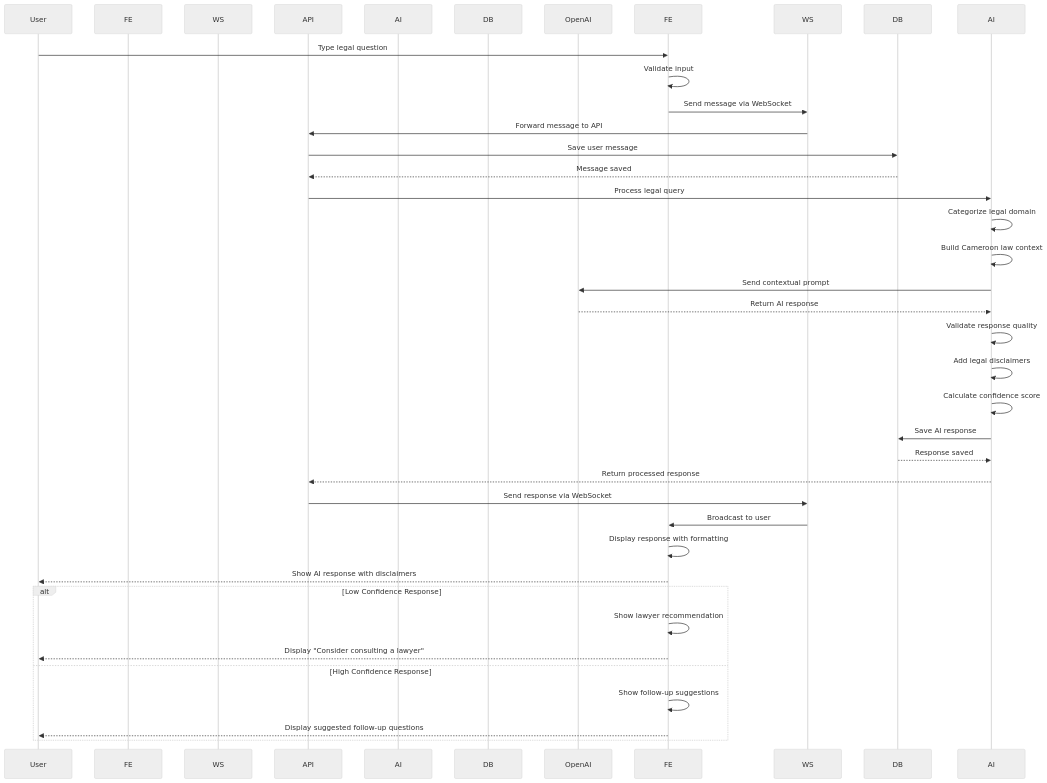
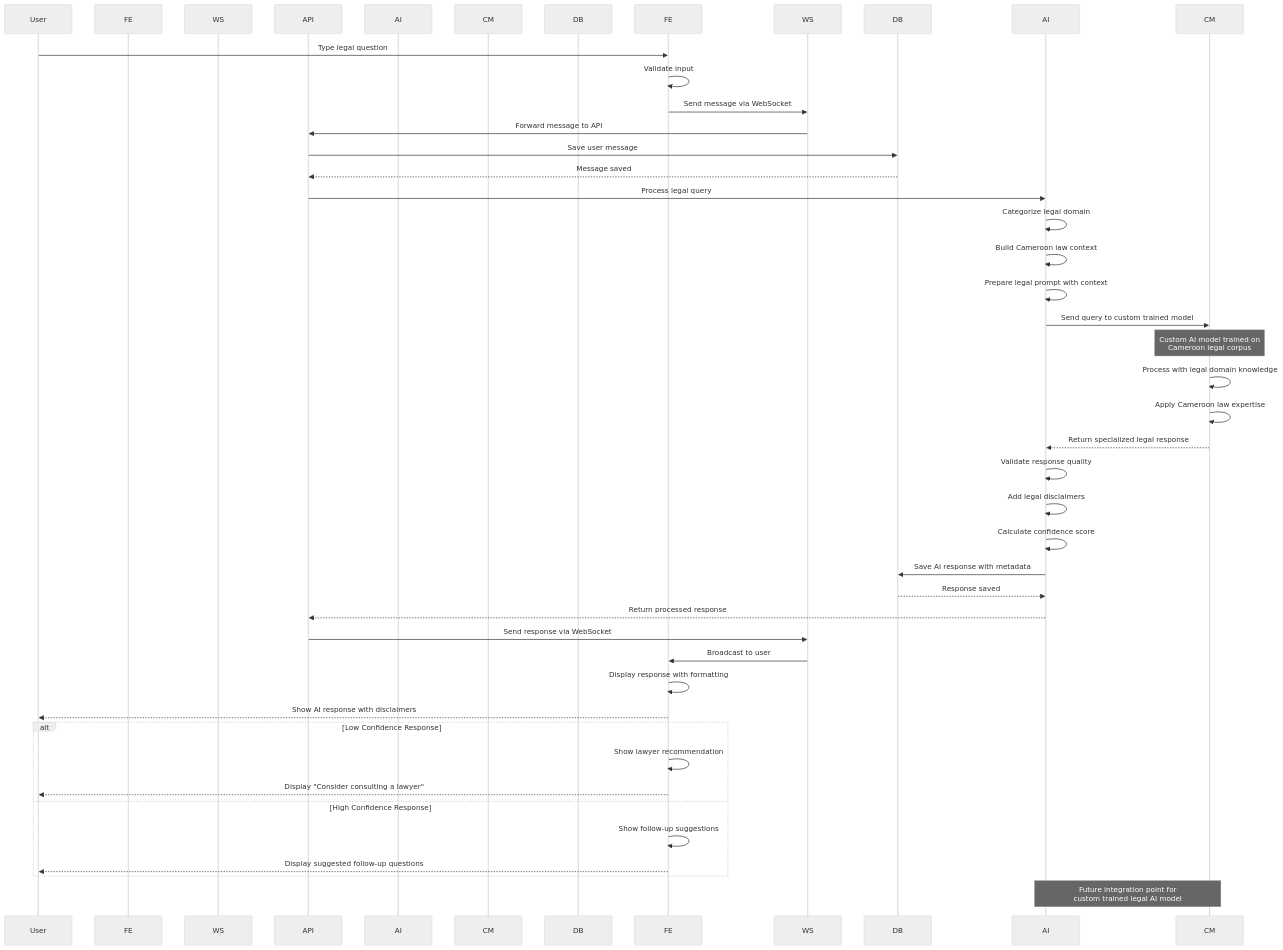
Before and after one commit to AbdouKarimuAkande/LegalNavigator: the sixth of 8 diagrams in architecture.md, drawn with Mermaid (neutral theme). The commit also changed other lines of this file, not shown here.

````diff
--- a/architecture.md
+++ b/architecture.md
@@ -1214,43 +1217,50 @@
 ```mermaid
 sequenceDiagram
     participant User
     participant Frontend as FE
     participant WebSocket as WS
     participant API as API
     participant AIService as AI
+    participant CustomModel as CM
     participant Database as DB
-    participant OpenAI
 
     User->>FE: Type legal question
     FE->>FE: Validate input
     FE->>WS: Send message via WebSocket
     WS->>API: Forward message to API
     API->>DB: Save user message
     DB-->>API: Message saved
     
     API->>AI: Process legal query
     AI->>AI: Categorize legal domain
     AI->>AI: Build Cameroon law context
-    AI->>OpenAI: Send contextual prompt
-    OpenAI-->>AI: Return AI response
+    AI->>AI: Prepare legal prompt with context
+    
+    AI->>CM: Send query to custom trained model
+    Note over CM: Custom AI model trained on<br/>Cameroon legal corpus
+    CM->>CM: Process with legal domain knowledge
+    CM->>CM: Apply Cameroon law expertise
+    CM-->>AI: Return specialized legal response
     
     AI->>AI: Validate response quality
     AI->>AI: Add legal disclaimers
     AI->>AI: Calculate confidence score
-    AI->>DB: Save AI response
+    AI->>DB: Save AI response with metadata
     DB-->>AI: Response saved
     
     AI-->>API: Return processed response
     API->>WS: Send response via WebSocket
     WS->>FE: Broadcast to user
     FE->>FE: Display response with formatting
     FE-->>User: Show AI response with disclaimers
     
     alt Low Confidence Response
         FE->>FE: Show lawyer recommendation
         FE-->>User: Display "Consider consulting a lawyer"
     else High Confidence Response
         FE->>FE: Show follow-up suggestions
         FE-->>User: Display suggested follow-up questions
     end
+    
+    Note over AI,CM: Future integration point for<br/>custom trained legal AI model
 ```
````
